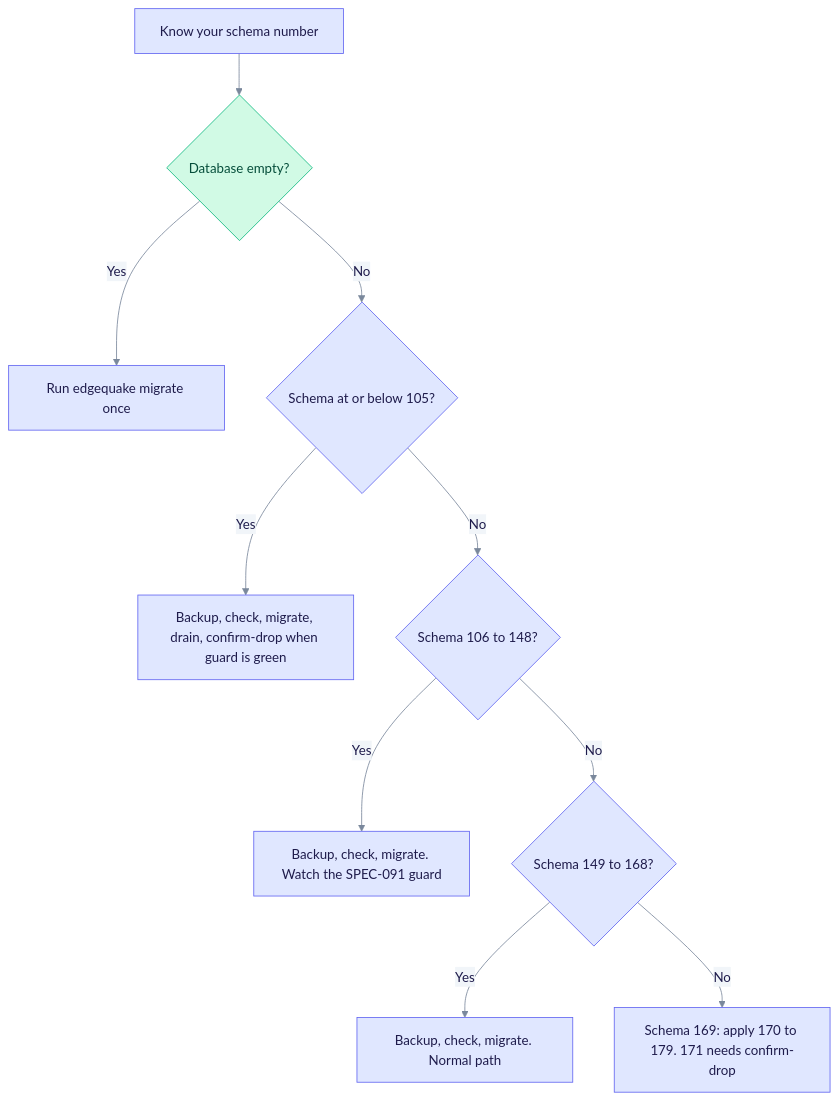
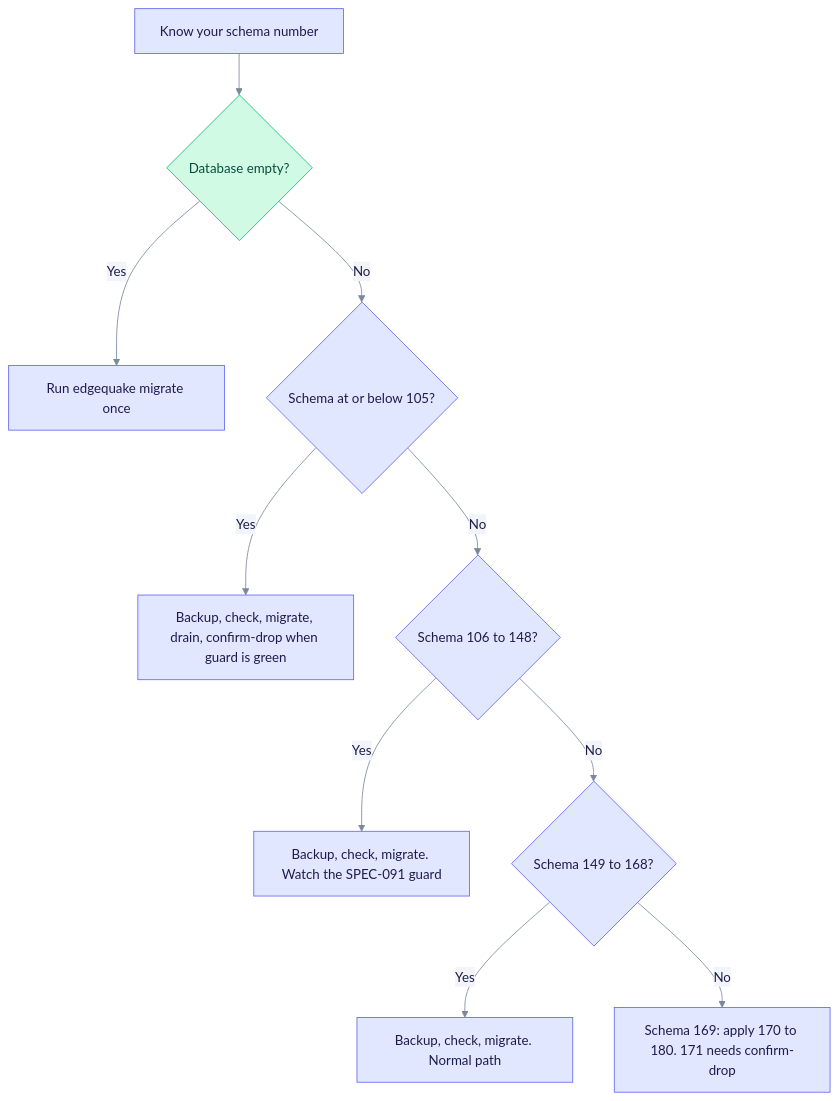
The first of 3 diagrams in docs/operations/upgrading.md (YatchiYa/edgequake), drawn with Mermaid before and after one commit. The commit also changed other lines of this file and 9 other files, not shown here.

````diff
--- a/docs/operations/upgrading.md
+++ b/docs/operations/upgrading.md
@@ -24,17 +24,17 @@
 ```mermaid
 %%{init: {"theme":"base","themeVariables":{"primaryColor":"#E0E7FF","primaryBorderColor":"#6366F1","primaryTextColor":"#1E1B4B","secondaryColor":"#D1FAE5","secondaryBorderColor":"#10B981","secondaryTextColor":"#064E3B","tertiaryColor":"#FEF3C7","tertiaryBorderColor":"#F59E0B","tertiaryTextColor":"#6B7A90","lineColor":"#7A889C","clusterBkg":"rgba(99,102,241,0.07)","clusterBorder":"#A5B4FC","noteBkgColor":"#FEF9C3","noteTextColor":"#422006","textColor":"#6B7A90","titleColor":"#6B7A90","signalColor":"#7A889C","signalTextColor":"#6B7A90","loopTextColor":"#6B7A90","edgeLabelBackground":"#F1F5F9","actorLineColor":"#94A3B8"}}}%%
 %% eq-theme:v1
 flowchart TD
   A["Know your schema number"] --> B{"Database empty?"}
   B -->|Yes| C["Run edgequake migrate once"]
   B -->|No| D{"Schema at or below 105?"}
   D -->|Yes| E["Backup, check, migrate, drain, confirm-drop when guard is green"]
   D -->|No| F{"Schema 106 to 148?"}
   F -->|Yes| G["Backup, check, migrate. Watch the SPEC-091 guard"]
   F -->|No| H{"Schema 149 to 168?"}
   H -->|Yes| I["Backup, check, migrate. Normal path"]
-  H -->|No| J["Schema 169: apply 170 to 179. 171 needs confirm-drop"]
+  H -->|No| J["Schema 169: apply 170 to 180. 171 needs confirm-drop"]
 %% eq-classes
 classDef eqStore fill:#D1FAE5,stroke:#10B981,color:#064E3B
 class B eqStore
 ```
````
